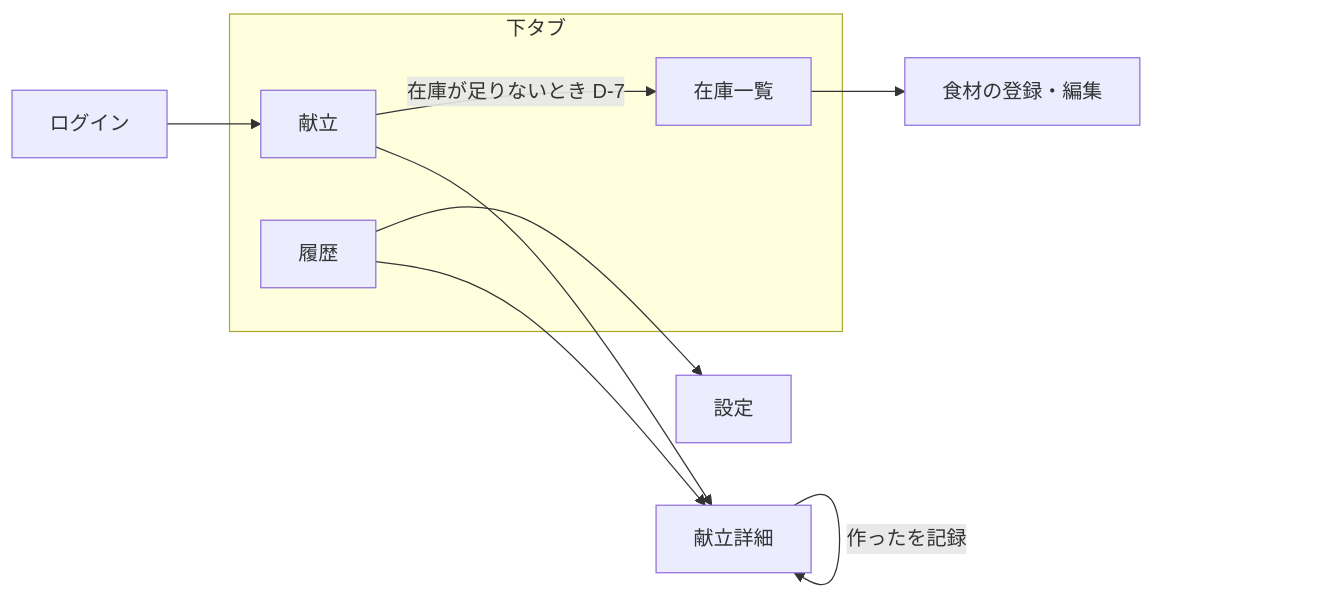
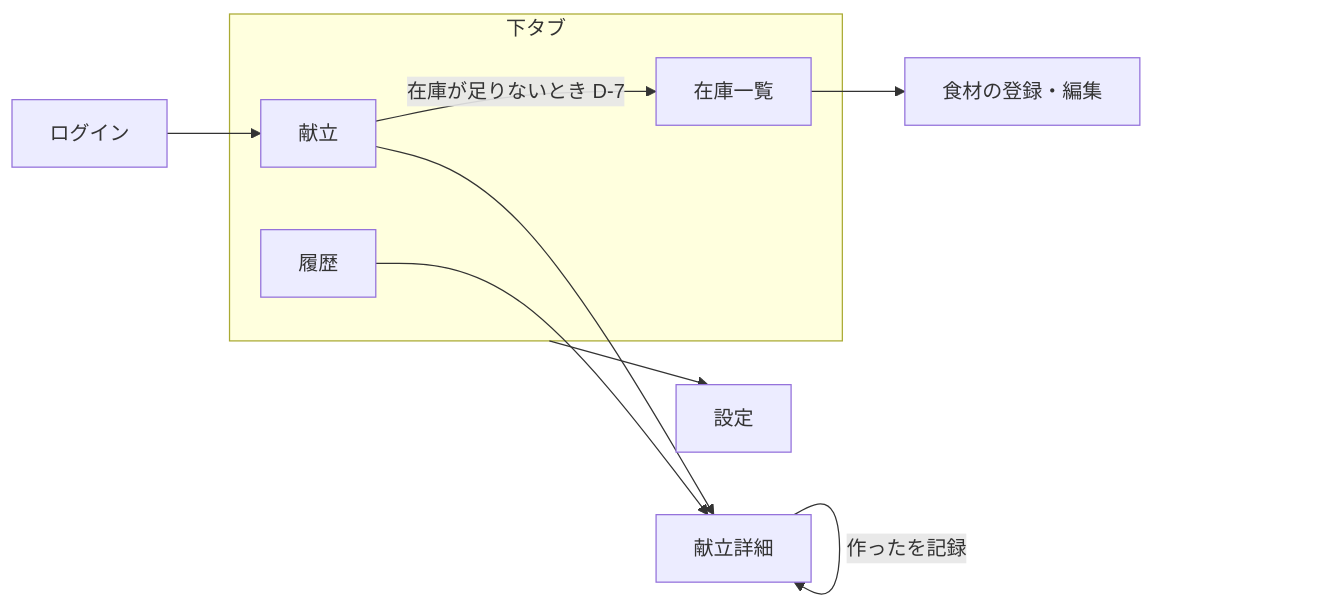
One commit to tkdev106/fridge-to-meal changed the diagram in docs/screen-design.md. Above: the diagram before and after it, drawn with Mermaid. The commit also changed other lines of this file and 16 other files, not shown here.

````diff
--- a/docs/screen-design.md
+++ b/docs/screen-design.md
@@ -86,15 +89,15 @@
 ```mermaid
 flowchart LR
   login[ログイン] --> meals
   subgraph tabs[下タブ]
     meals[献立]
     pantry[在庫一覧]
     history[履歴]
   end
   meals --> detail[献立詳細]
   meals -->|在庫が足りないとき D-7| pantry
   history --> detail
   pantry --> edit[食材の登録・編集]
-  history --> settings[設定]
+  tabs --> settings[設定]
   detail -->|作ったを記録| detail
 ```
````
